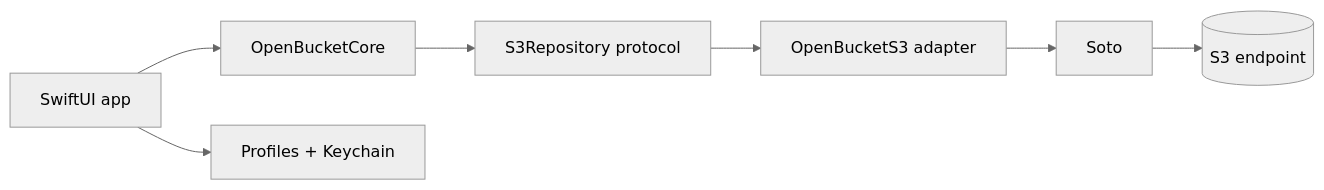
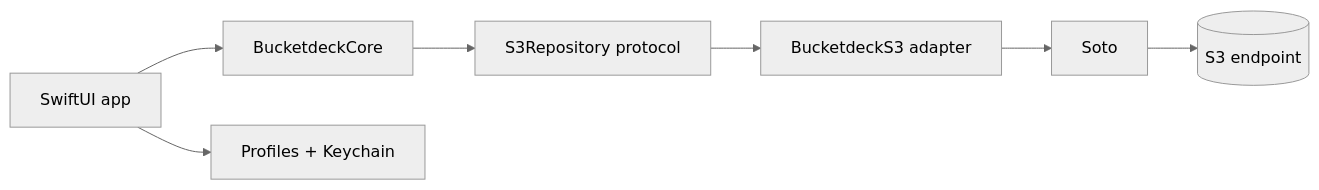
The diagram in README.md (koative/openbucket), drawn with Mermaid (neutral theme) before and after one commit. The commit also changed other lines of this file and 99 other files, not shown here.

First line of the commit message:
Rename OpenBucket to Bucketdeck

````diff
--- a/README.md
+++ b/README.md
@@ -101,9 +101,9 @@
 ```mermaid
 flowchart LR
-    UI[SwiftUI app] --> Core[OpenBucketCore]
+    UI[SwiftUI app] --> Core[BucketdeckCore]
     UI --> Local[Profiles + Keychain]
     Core --> Port[S3Repository protocol]
-    Port --> Adapter[OpenBucketS3 adapter]
+    Port --> Adapter[BucketdeckS3 adapter]
     Adapter --> Soto[Soto]
     Soto --> Store[(S3 endpoint)]
 ```
````
